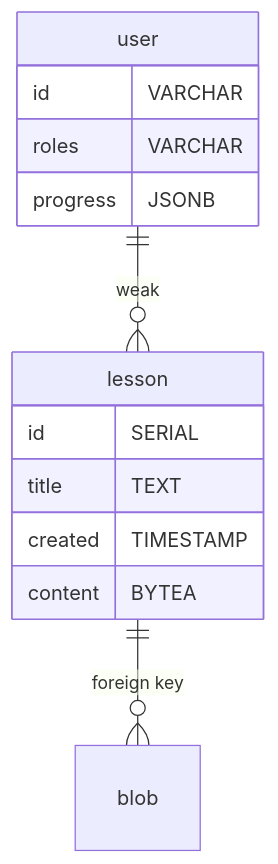
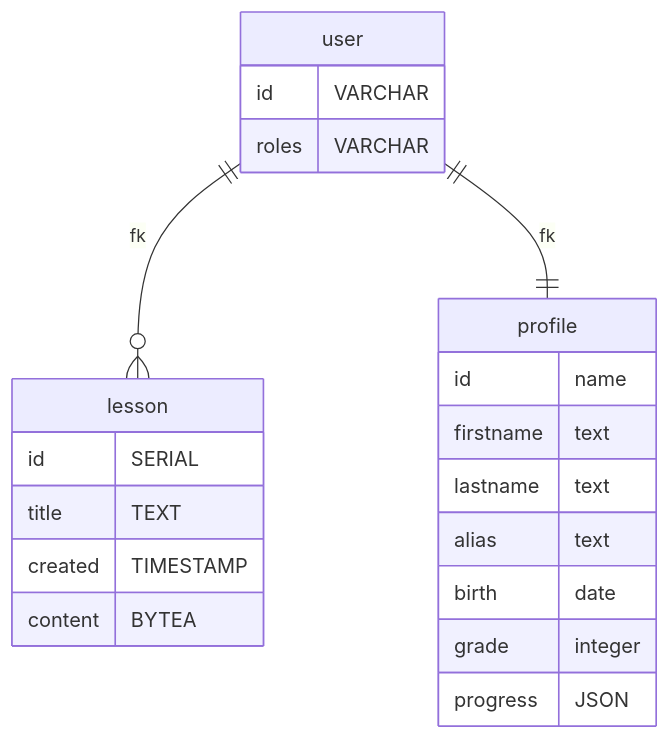
Before and after one commit to niris/Edubot: the diagram in README.md, drawn with Mermaid. The commit also changed 10 other files, not shown here.

````diff
--- a/README.md
+++ b/README.md
@@ -21,17 +21,25 @@
 ```mermaid
 erDiagram
 user {
 	id VARCHAR
 	roles VARCHAR
-	progress JSONB
+}
+profile {
+	id name
+	firstname text
+	lastname text
+	alias text
+	birth date
+	grade integer
+	progress JSON
 }
 lesson {
 	id SERIAL
 	title TEXT
 	created TIMESTAMP
 	content BYTEA
 }
 
-user ||--o{ lesson : "weak"
-lesson ||--o{ blob : "foreign key"
+user ||--o{ lesson : fk
+user ||--|| profile : fk
 ```
````
